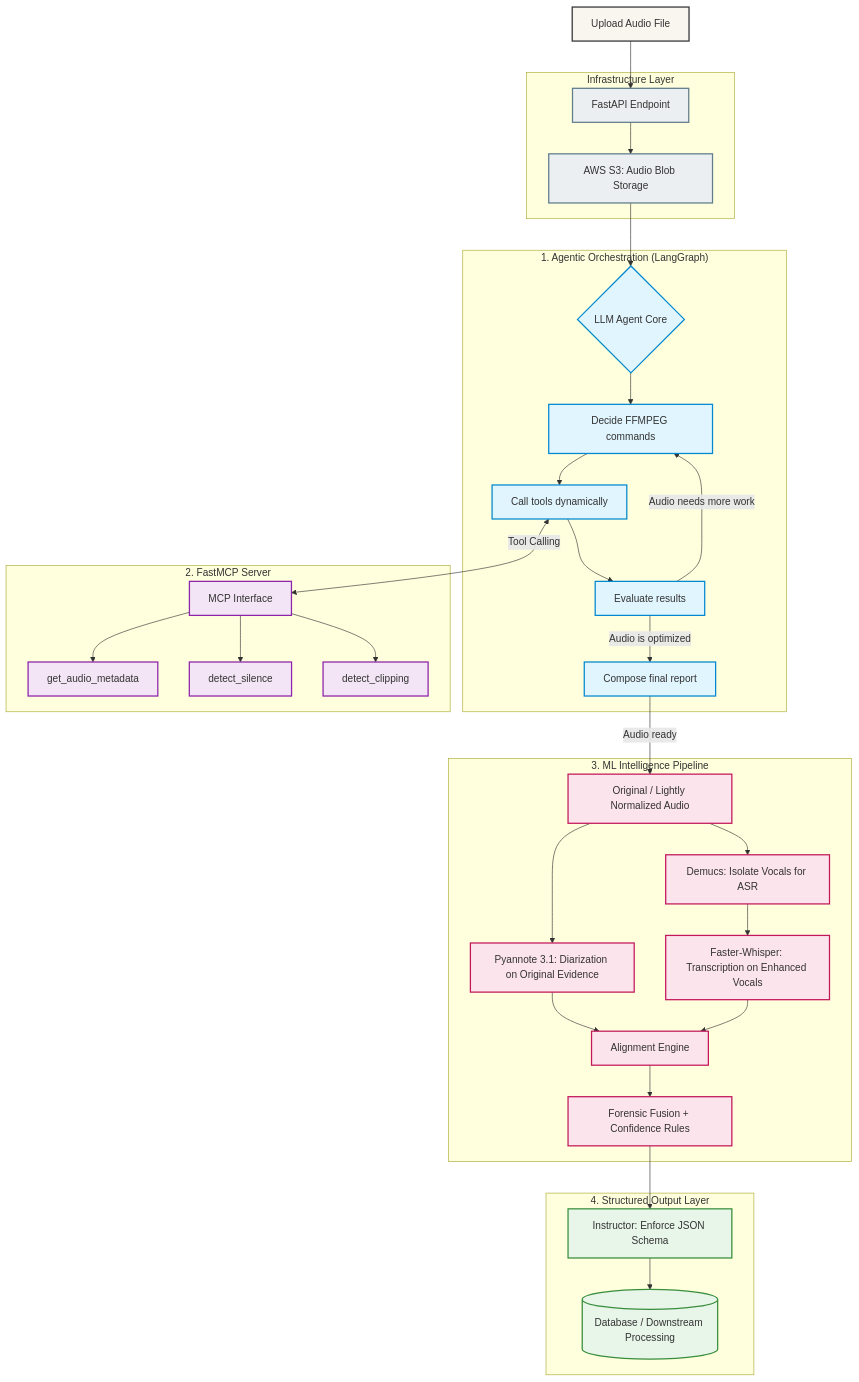
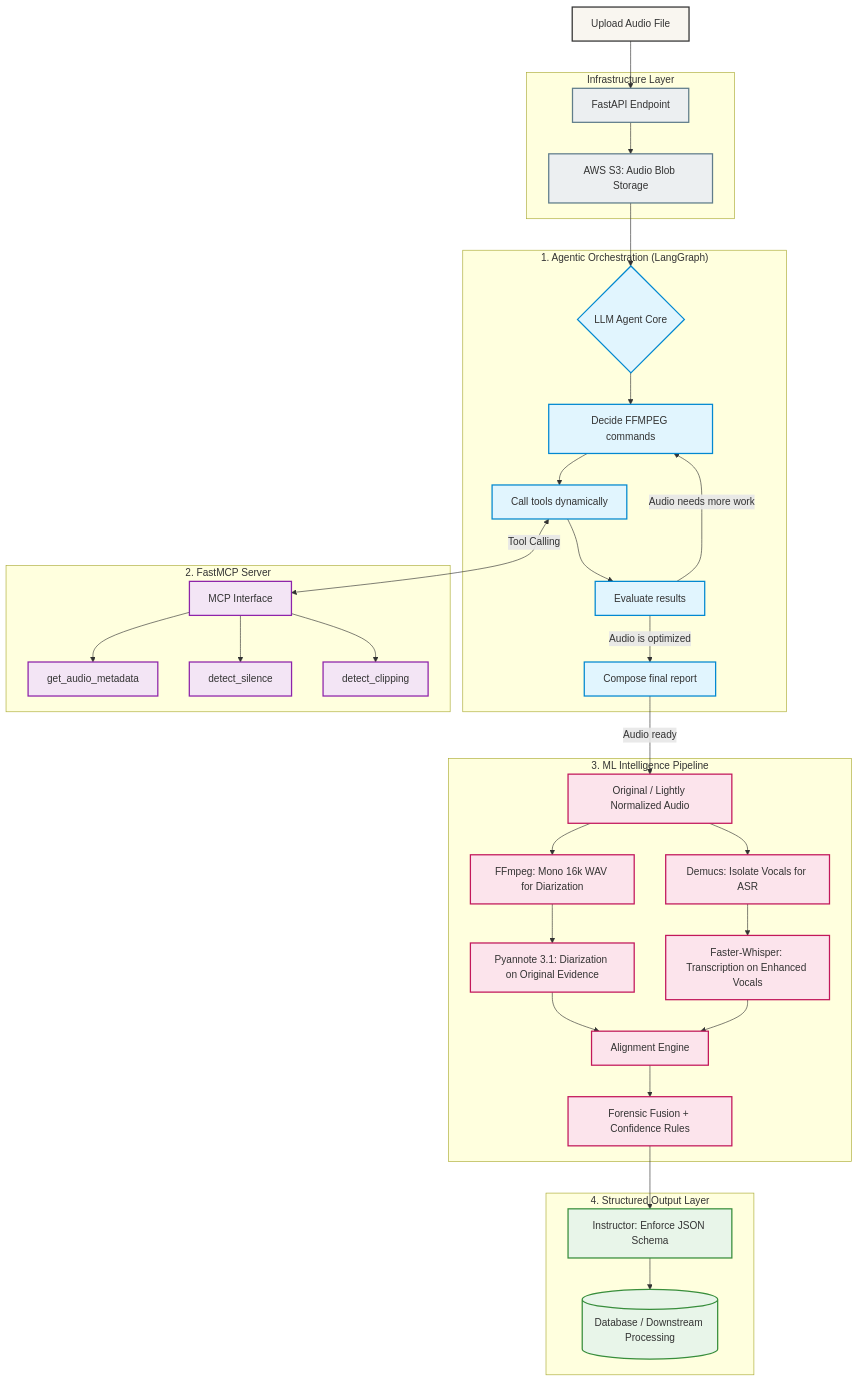
Before and after one commit to Ajisaktibimo/voicescript: the diagram in architecture.mmd, drawn with Mermaid. The commit also changed 11 other files, not shown here.

```diff
--- a/architecture.mmd
+++ b/architecture.mmd
@@ -1,68 +1,70 @@
 graph TD
     classDef input fill:#f9f6f0,stroke:#333,stroke-width:2px;
     classDef agent fill:#e1f5fe,stroke:#0288d1,stroke-width:2px;
     classDef tools fill:#f3e5f5,stroke:#8e24aa,stroke-width:2px;
     classDef ml fill:#fce4ec,stroke:#c2185b,stroke-width:2px;
     classDef output fill:#e8f5e9,stroke:#388e3c,stroke-width:2px;
     classDef infra fill:#eceff1,stroke:#607d8b,stroke-width:2px;
 
     subgraph "Infrastructure Layer"
         API[FastAPI Endpoint]:::infra
         Storage[AWS S3: Audio Blob Storage]:::infra
     end
 
     ClientUpload[Upload Audio File]:::input --> API
     API --> Storage
     Storage --> AgentLoop
 
     subgraph "1. Agentic Orchestration (LangGraph)"
         AgentLoop{LLM Agent Core}:::agent
         Plan[Decide FFMPEG commands]:::agent
         Execute[Call tools dynamically]:::agent
         Reflect[Evaluate results]:::agent
         Report[Compose final report]:::agent
 
         AgentLoop --> Plan
         Plan --> Execute
         Execute --> Reflect
         Reflect -->|Audio needs more work| Plan
         Reflect -->|Audio is optimized| Report
     end
 
     subgraph "2. FastMCP Server"
         MCP[MCP Interface]:::tools
         T1[get_audio_metadata]:::tools
         T2[detect_silence]:::tools
         T3[detect_clipping]:::tools
         
         MCP --> T1
         MCP --> T2
         MCP --> T3
     end
 
     Execute <-->|Tool Calling| MCP
 
     subgraph "3. ML Intelligence Pipeline"
         Original[Original / Lightly Normalized Audio]:::ml
+        N1[FFmpeg: Mono 16k WAV for Diarization]:::ml
         D1[Demucs: Isolate Vocals for ASR]:::ml
         P1[Pyannote 3.1: Diarization on Original Evidence]:::ml
         W1[Faster-Whisper: Transcription on Enhanced Vocals]:::ml
         Align[Alignment Engine]:::ml
         Fusion[Forensic Fusion + Confidence Rules]:::ml
     end
 
     Report -->|Audio ready| Original
     Original --> D1
-    Original --> P1
+    Original --> N1
+    N1 --> P1
     D1 --> W1
     P1 --> Align
     W1 --> Align
     Align --> Fusion
 
     subgraph "4. Structured Output Layer"
         Pydantic[Instructor: Enforce JSON Schema]:::output
         FinalDB[(Database / Downstream Processing)]:::output
     end
 
     Fusion --> Pydantic
     Pydantic --> FinalDB
```
